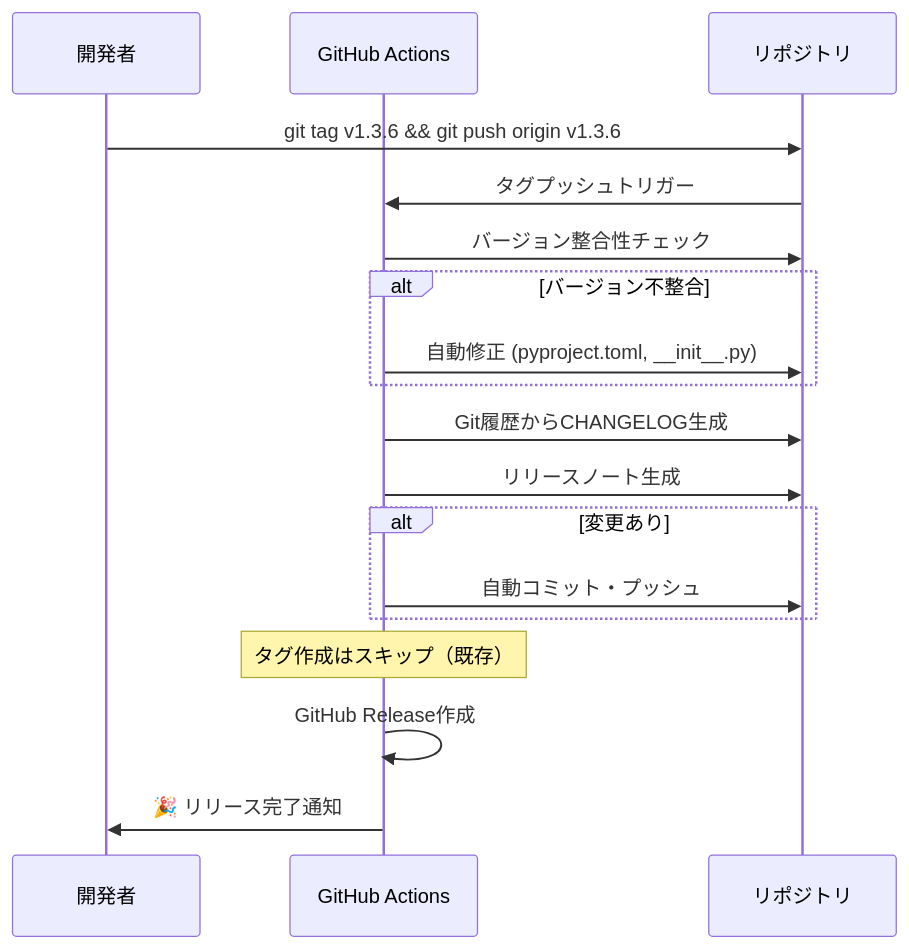
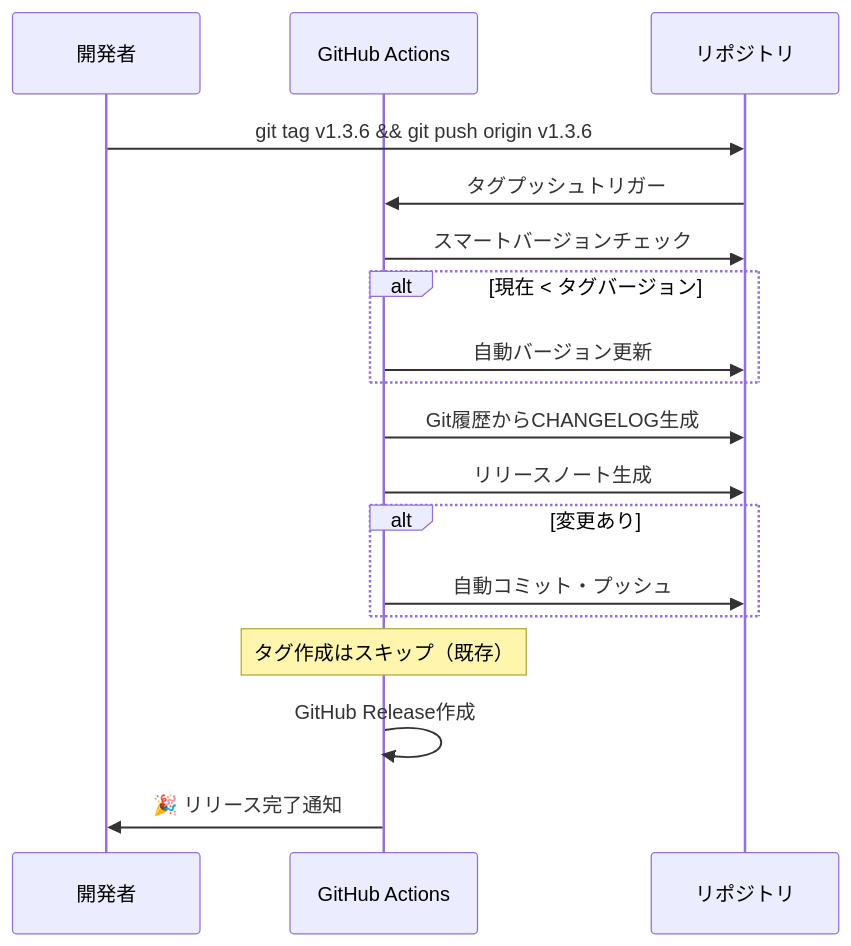
Before and after one commit to scottlz0310/Setup-Repository: the third of 4 diagrams in docs/release-workflow.md, drawn with Mermaid. The commit also changed other lines of this file, not shown here.

````diff
--- a/docs/release-workflow.md
+++ b/docs/release-workflow.md
@@ -111,25 +114,25 @@
 ```mermaid
 sequenceDiagram
     participant Dev as 開発者
     participant GH as GitHub Actions
     participant Repo as リポジトリ
     
     Dev->>Repo: git tag v1.3.6 && git push origin v1.3.6
     Repo->>GH: タグプッシュトリガー
-    GH->>Repo: バージョン整合性チェック
+    GH->>Repo: スマートバージョンチェック
     
-    alt バージョン不整合
-        GH->>Repo: 自動修正 (pyproject.toml, __init__.py)
+    alt 現在 < タグバージョン
+        GH->>Repo: 自動バージョン更新
     end
     
     GH->>Repo: Git履歴からCHANGELOG生成
     GH->>Repo: リリースノート生成
     
     alt 変更あり
         GH->>Repo: 自動コミット・プッシュ
     end
     
     Note over GH: タグ作成はスキップ（既存）
     GH->>GH: GitHub Release作成
     GH->>Dev: 🎉 リリース完了通知
 ```
````
